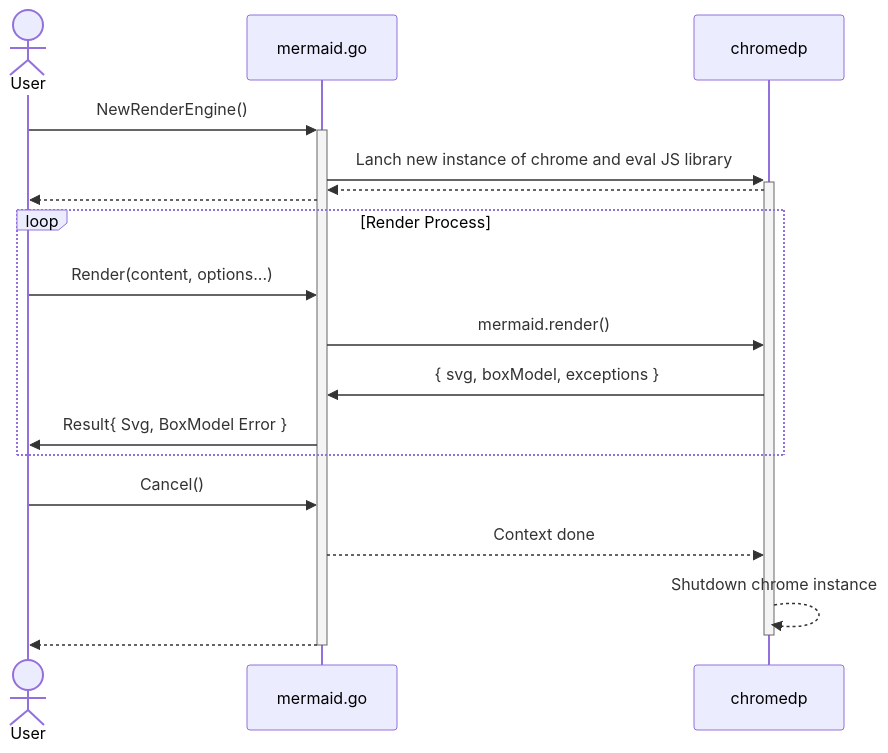
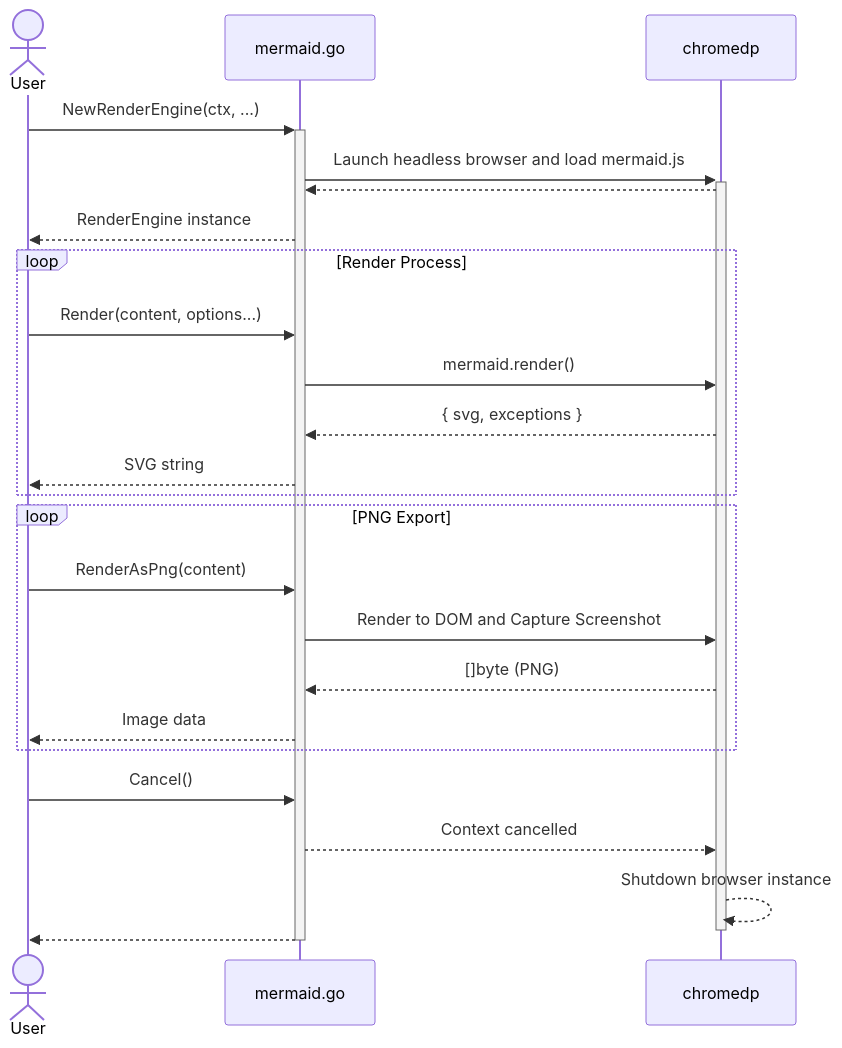
The diagram in README.md (dreampuf/mermaid.go), drawn with Mermaid before and after one commit. The commit also changed other lines of this file, not shown here.

````diff
--- a/README.md
+++ b/README.md
@@ -5,23 +19,30 @@
 ```mermaid
 sequenceDiagram
     Actor A as User
     participant B as mermaid.go
     participant C as chromedp
 
-    A ->>+ B: NewRenderEngine()
-    B ->>+ C: Lanch new instance of chrome and eval JS library
+    A ->>+ B: NewRenderEngine(ctx, ...)
+    B ->>+ C: Launch headless browser and load mermaid.js
     C -->> B: 
-    B -->> A: 
+    B -->> A: RenderEngine instance
     
     loop Render Process
         A ->> B: Render(content, options...)
         B ->> C: mermaid.render()
-        C ->> B: { svg, boxModel, exceptions }
-        B ->> A: Result{ Svg, BoxModel Error }
+        C -->> B: { svg, exceptions }
+        B -->> A: SVG string
+    end
+
+    loop PNG Export
+        A ->> B: RenderAsPng(content)
+        B ->> C: Render to DOM and Capture Screenshot
+        C -->> B: []byte (PNG)
+        B -->> A: Image data
     end
 
     A ->> B: Cancel()
-    B -->> C: Context done
-    C -->>- C: Shutdown chrome instance
+    B -->> C: Context cancelled
+    C -->>- C: Shutdown browser instance
     B -->>- A: 
 ```
````
